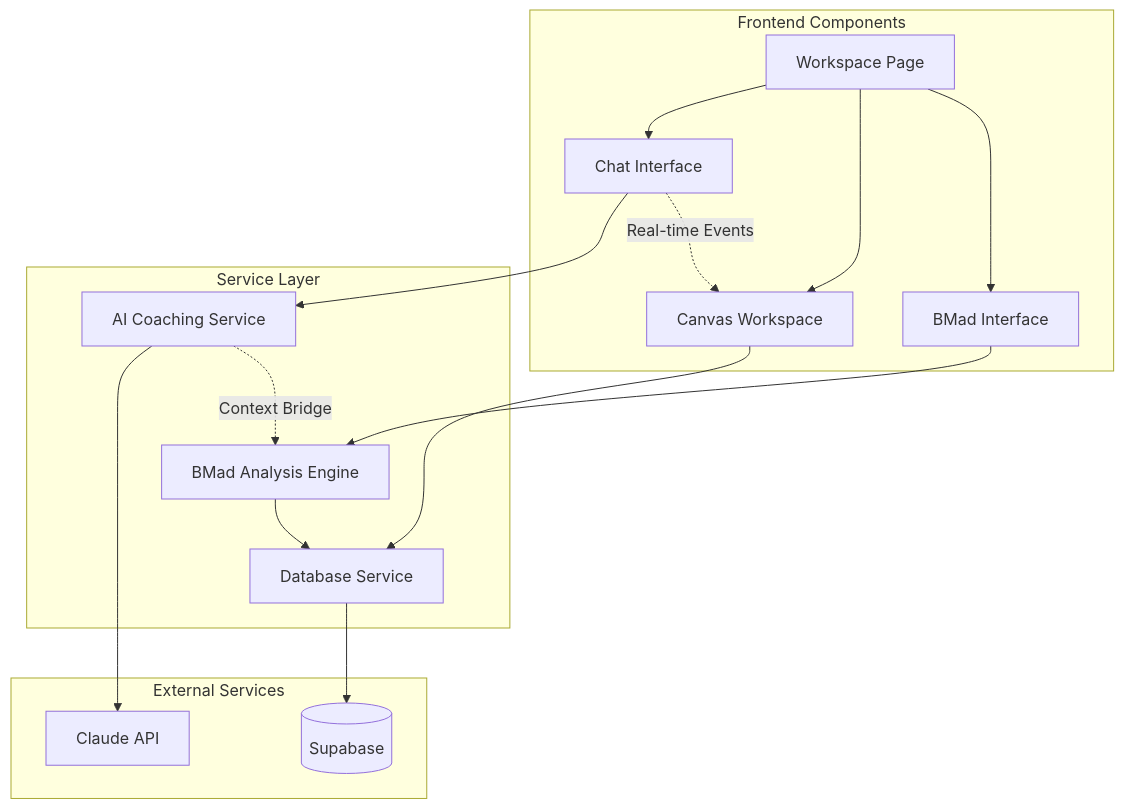
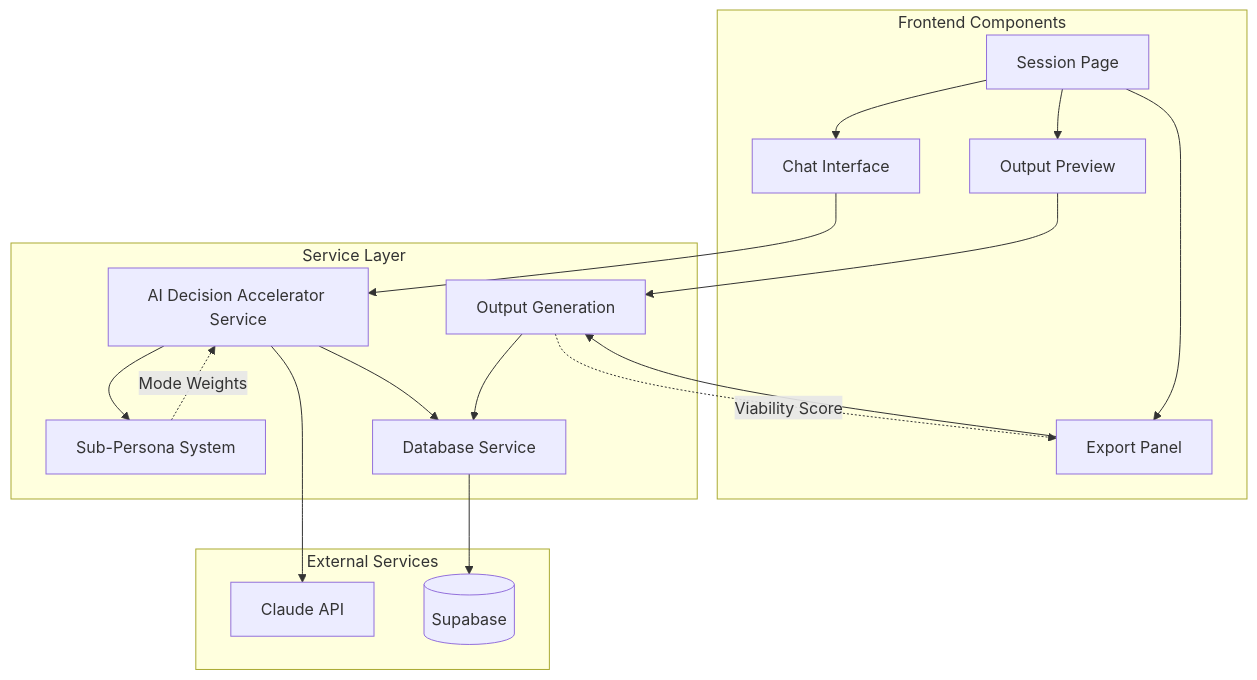
Before and after one commit to hollandkevint/ideally: the diagram in docs/architecture/components.md, drawn with Mermaid. The commit also changed other lines of this file and 27 other files, not shown here.

````diff
--- a/docs/architecture/components.md
+++ b/docs/architecture/components.md
@@ -70,35 +82,39 @@
 ```mermaid
 graph TB
     subgraph "Frontend Components"
-        WorkspacePage[Workspace Page]
+        SessionPage[Session Page]
         ChatInterface[Chat Interface]
-        CanvasWorkspace[Canvas Workspace]
-        BMadInterface[BMad Interface]
+        OutputPreview[Output Preview]
+        ExportPanel[Export Panel]
     end
-    
+
     subgraph "Service Layer"
-        AIService[AI Coaching Service]
+        AIService[AI Decision Accelerator Service]
+        SubPersona[Sub-Persona System]
+        OutputGen[Output Generation]
         DatabaseService[Database Service]
-        BMadEngine[BMad Analysis Engine]
     end
-    
+
     subgraph "External Services"
         Claude[Claude API]
         Supabase[(Supabase)]
     end
-    
-    WorkspacePage --> ChatInterface
-    WorkspacePage --> CanvasWorkspace
-    WorkspacePage --> BMadInterface
-    
+
+    SessionPage --> ChatInterface
+    SessionPage --> OutputPreview
+    SessionPage --> ExportPanel
+
     ChatInterface --> AIService
-    CanvasWorkspace --> DatabaseService
-    BMadInterface --> BMadEngine
-    
+    AIService --> SubPersona
     AIService --> Claude
+
+    OutputPreview --> OutputGen
+    ExportPanel --> OutputGen
+
+    AIService --> DatabaseService
+    OutputGen --> DatabaseService
     DatabaseService --> Supabase
-    BMadEngine --> DatabaseService
-    
-    AIService -.->|Context Bridge| BMadEngine
-    ChatInterface -.->|Real-time Events| CanvasWorkspace
+
+    SubPersona -.->|Mode Weights| AIService
+    OutputGen -.->|Viability Score| ExportPanel
 ```
````
